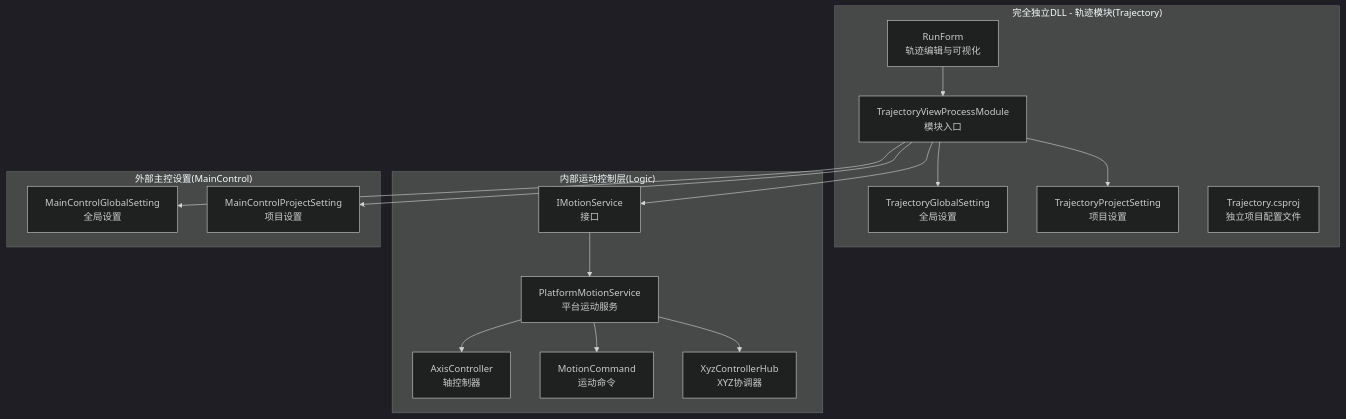
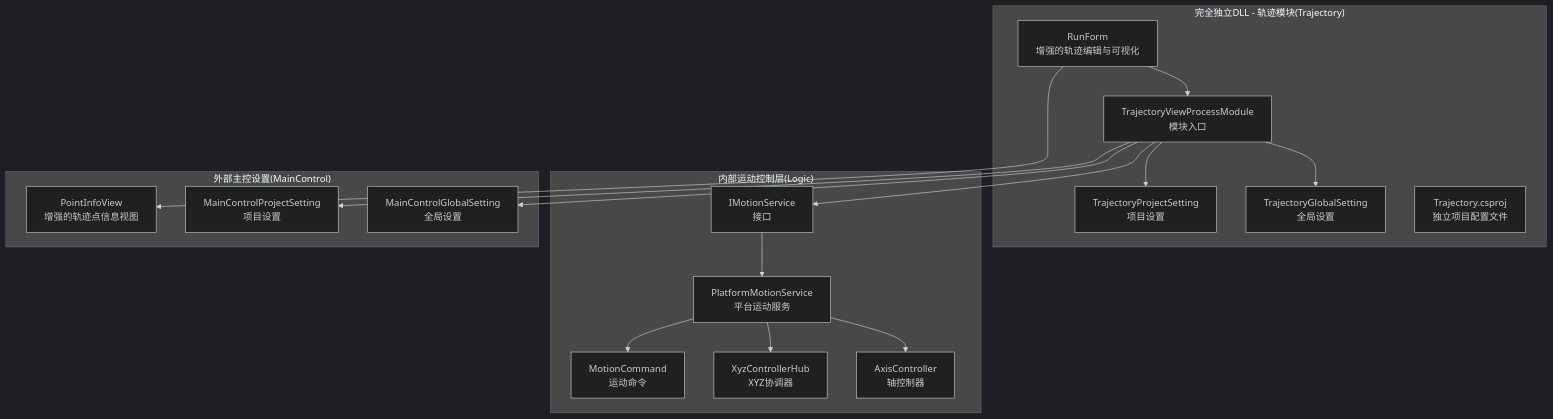
Before and after one commit to fuweiq94-cloud/339918076: the first of 11 diagrams in .qoder/repowiki/zh/content/核心功能模块/轨迹规划模块 (Trajectory).md, drawn with Mermaid (dark theme). The commit also changed other lines of this file and 75 other files, not shown here.

````diff
--- a/.qoder/repowiki/zh/content/核心功能模块/轨迹规划模块 (Trajectory).md
+++ b/.qoder/repowiki/zh/content/核心功能模块/轨迹规划模块 (Trajectory).md
@@ -57,31 +58,33 @@
 ```mermaid
 graph TB
 subgraph "完全独立DLL - 轨迹模块(Trajectory)"
-UI["RunForm<br/>轨迹编辑与可视化"]
+UI["RunForm<br/>增强的轨迹编辑与可视化"]
 Mod["TrajectoryViewProcessModule<br/>模块入口"]
 GSet["TrajectoryGlobalSetting<br/>全局设置"]
 PSet["TrajectoryProjectSetting<br/>项目设置"]
 Proj["Trajectory.csproj<br/>独立项目配置文件"]
 end
 subgraph "内部运动控制层(Logic)"
 IM["IMotionService<br/>接口"]
 AMS["PlatformMotionService<br/>平台运动服务"]
 AC["AxisController<br/>轴控制器"]
 MC["MotionCommand<br/>运动命令"]
 XYZ["XyzControllerHub<br/>XYZ协调器"]
 end
 subgraph "外部主控设置(MainControl)"
 MG["MainControlGlobalSetting<br/>全局设置"]
 MP["MainControlProjectSetting<br/>项目设置"]
+PV["PointInfoView<br/>增强的轨迹点信息视图"]
 end
 UI --> Mod
 Mod --> GSet
 Mod --> PSet
 Mod --> IM
 IM --> AMS
 AMS --> AC
 AMS --> XYZ
 AMS --> MC
 Mod --> MG
 Mod --> MP
+UI --> PV
 ```
````
